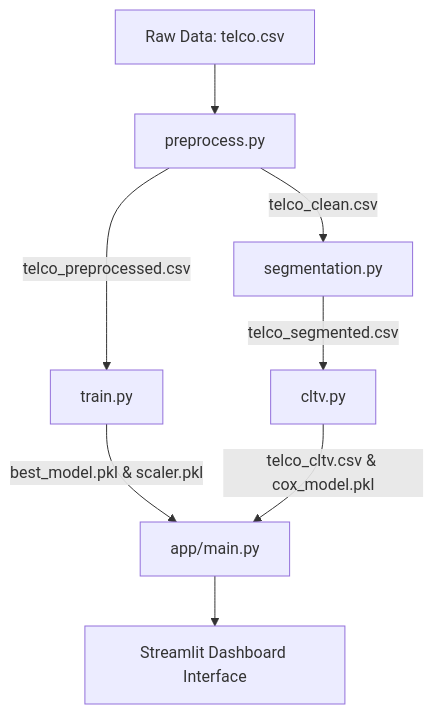
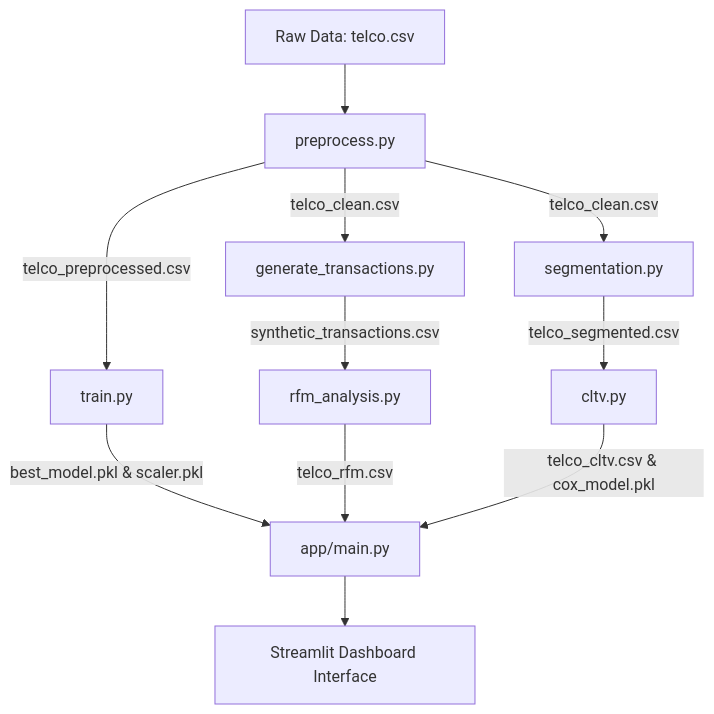
One commit to Anu2030/ChurnGuard_AI changed the diagram in README.md. Above: the diagram before and after it, drawn with Mermaid. The commit also changed other lines of this file and 8 other files, not shown here.

````diff
--- a/README.md
+++ b/README.md
@@ -26,10 +27,13 @@
 ```mermaid
 flowchart TD
     A[Raw Data: telco.csv] --> B[preprocess.py]
     B -->|telco_clean.csv| D[segmentation.py]
     B -->|telco_preprocessed.csv| C[train.py]
     C -->|best_model.pkl & scaler.pkl| G[app/main.py]
     D -->|telco_segmented.csv| E[cltv.py]
+    B -->|telco_clean.csv| F[generate_transactions.py]
+    F -->|synthetic_transactions.csv| H[rfm_analysis.py]
+    H -->|telco_rfm.csv| G
     E -->|telco_cltv.csv & cox_model.pkl| G
-    G --> H[Streamlit Dashboard Interface]
+    G --> I[Streamlit Dashboard Interface]
 ```
````
